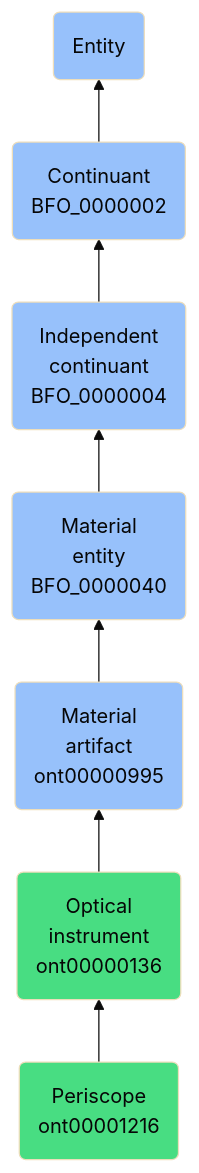
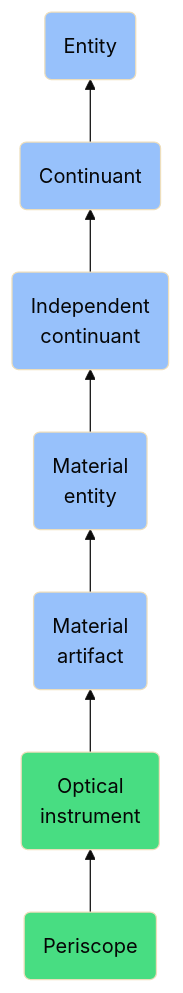
Before and after one commit to jupyter-naas/abi: the diagram in docs/ontology/reference/model/Entity/Continuant/Independent continuant/Material entity/Material artifact/Optical instrument/Periscope/Periscope.md, drawn with Mermaid (base theme). The commit also changed other lines of this file and 1430 other files, not shown here.

````diff
--- a/docs/ontology/reference/model/Entity/Continuant/Independent continuant/Material entity/Material artifact/Optical instrument/Periscope/Periscope.md
+++ b/docs/ontology/reference/model/Entity/Continuant/Independent continuant/Material entity/Material artifact/Optical instrument/Periscope/Periscope.md
@@ -24,14 +24,14 @@
 ```mermaid
 graph BT
-    ont00001216(Periscope<br>ont00001216):::ABI-->ont00000136
-    ont00000136(Optical<br>instrument<br>ont00000136):::ABI-->ont00000995
-    ont00000995(Material<br>artifact<br>ont00000995):::BFO-->BFO_0000040
-    BFO_0000040(Material<br>entity<br>BFO_0000040):::BFO-->BFO_0000004
-    BFO_0000004(Independent<br>continuant<br>BFO_0000004):::BFO-->BFO_0000002
-    BFO_0000002(Continuant<br>BFO_0000002):::BFO-->BFO_0000001
+    ont00001216(Periscope):::ABI-->ont00000136
+    ont00000136(Optical<br>instrument):::ABI-->ont00000995
+    ont00000995(Material<br>artifact):::BFO-->BFO_0000040
+    BFO_0000040(Material<br>entity):::BFO-->BFO_0000004
+    BFO_0000004(Independent<br>continuant):::BFO-->BFO_0000002
+    BFO_0000002(Continuant):::BFO-->BFO_0000001
     BFO_0000001(Entity):::BFO
     
     classDef BFO fill:#97c1fb,color:#060606
     classDef CCO fill:#e4c51e,color:#060606
     classDef ABI fill:#48DD82,color:#060606
 ```
````
